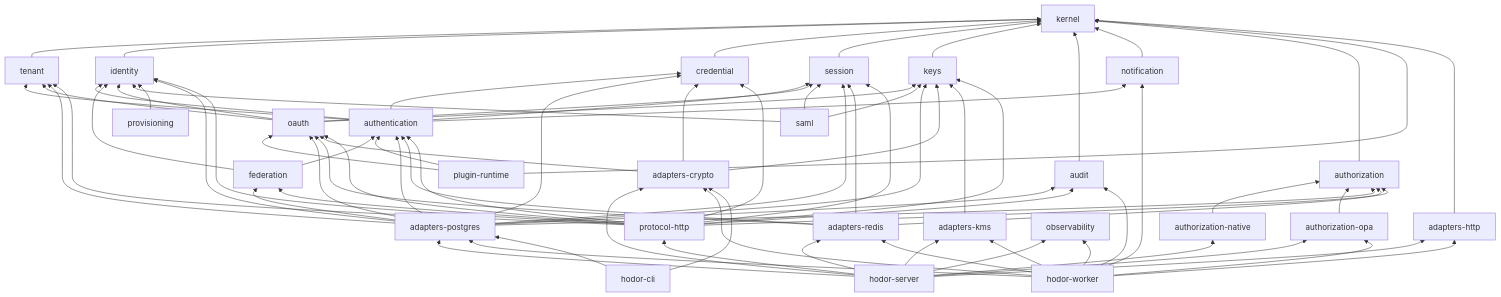
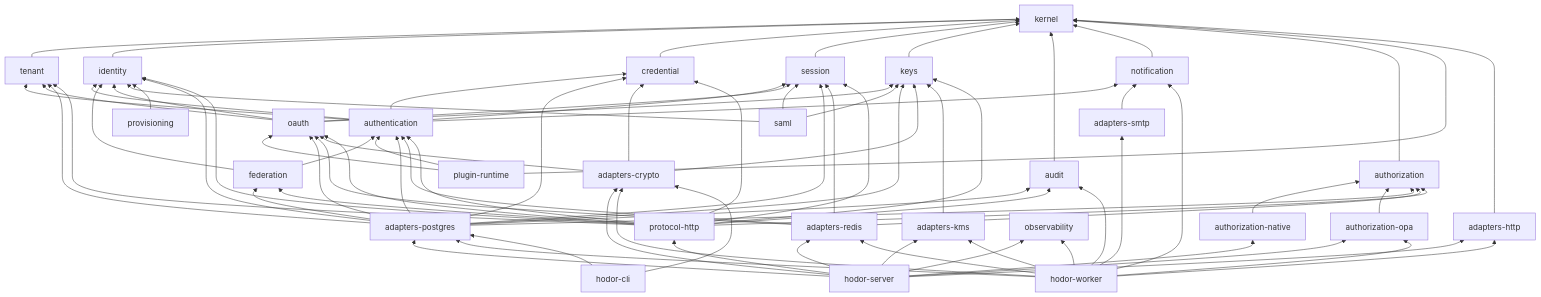
The diagram in docs/architecture/crates.md (ortisun/hodor), drawn with Mermaid before and after one commit. The commit also changed other lines of this file and 32 other files, not shown here.

````diff
--- a/docs/architecture/crates.md
+++ b/docs/architecture/crates.md
@@ -63,35 +65,36 @@
 ```mermaid
 flowchart BT
     kernel
 
     tenant --> kernel
     identity --> kernel
     credential --> kernel
     session --> kernel
     keys --> kernel
     audit --> kernel
     notification --> kernel
     authorization --> kernel
 
     authentication --> identity & credential & session & tenant & notification
     federation --> authentication & identity
     oauth --> identity & session & keys & tenant
     saml --> identity & session & keys
     provisioning --> identity
 
     authorizationNative["authorization-native"] --> authorization
     authorizationPolicyAgent["authorization-opa"] --> authorization
     plugin["plugin-runtime"] --> authentication & oauth & kernel
 
     adaptersPostgres["adapters-postgres"] --> tenant & identity & credential & session & keys & authentication & federation & oauth & authorization & audit
     redis["adapters-redis"] --> session & authentication & oauth & authorization
     crypto["adapters-crypto"] --> credential & keys & oauth
     adaptersKeyService["adapters-kms"] --> keys
     adaptersHttp["adapters-http"] --> kernel
+    adaptersSmtp["adapters-smtp"] --> notification
 
     protocolHttp["protocol-http"] --> tenant & identity & credential & session & authentication & federation & oauth & authorization & audit & keys
 
     server["hodor-server"] --> protocolHttp & adaptersPostgres & redis & crypto & adaptersKeyService & adaptersHttp & authorizationNative & authorizationPolicyAgent & observability
-    worker["hodor-worker"] --> adaptersPostgres & redis & crypto & adaptersKeyService & adaptersHttp & authorizationPolicyAgent & observability & notification & audit
+    worker["hodor-worker"] --> adaptersPostgres & adaptersSmtp & redis & crypto & adaptersKeyService & adaptersHttp & authorizationPolicyAgent & observability & notification & audit
     commandLineTool["hodor-cli"] --> adaptersPostgres & crypto
 ```
````
